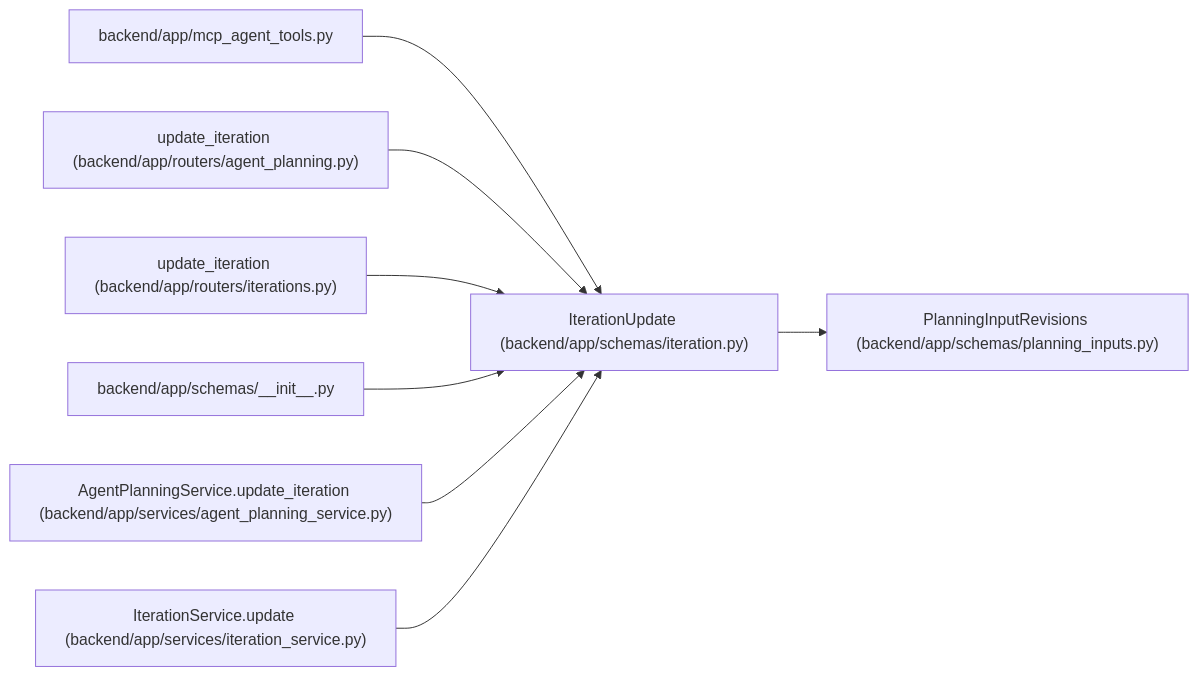
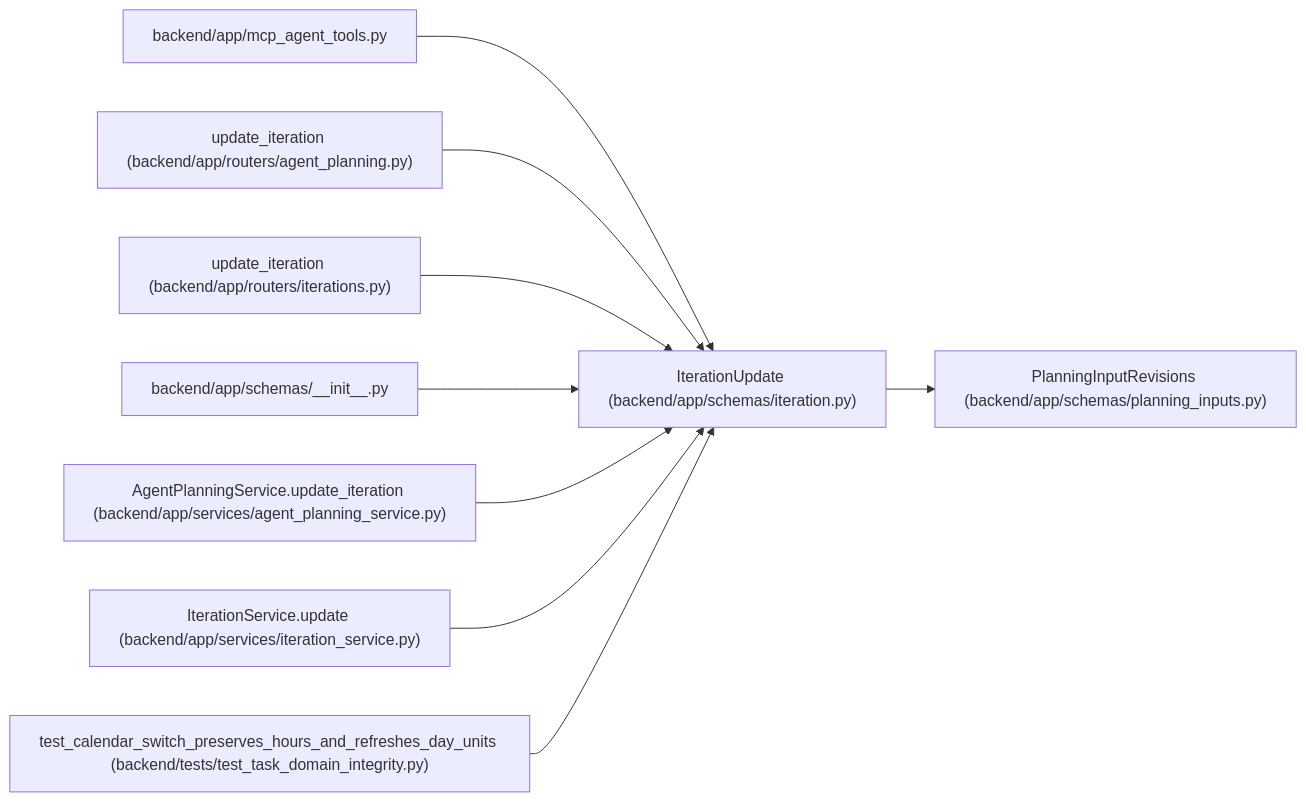
The diagram in docs/llm_wiki/entities/schemas_iteration_IterationUpdate.md (Denissvgn/WorkChord), drawn with Mermaid before and after one commit. The commit also changed other lines of this file and 1238 other files, not shown here.

First line of the commit message:
docs(wiki): publish compact canonical domain architecture

````diff
--- a/docs/llm_wiki/entities/schemas_iteration_IterationUpdate.md
+++ b/docs/llm_wiki/entities/schemas_iteration_IterationUpdate.md
@@ -30,26 +30,29 @@
 ```mermaid
 flowchart LR
     n0["IterationUpdate (backend/app/schemas/iteration.py)"]
     n1["PlanningInputRevisions (backend/app/schemas/planning_inputs.py)"]
     n2["backend/app/mcp_agent_tools.py"]
     n3["update_iteration (backend/app/routers/agent_planning.py)"]
     n4["update_iteration (backend/app/routers/iterations.py)"]
     n5["backend/app/schemas/__init__.py"]
     n6["AgentPlanningService.update_iteration (backend/app/services/agent_planning_service.py)"]
     n7["IterationService.update (backend/app/services/iteration_service.py)"]
+    n8["test_calendar_switch_preserves_hours_and_refreshes_day_units (backend/tests/test_task_domain_integrity.py)"]
     n0 --> n1
     n2 --> n0
     n3 --> n0
     n4 --> n0
     n5 --> n0
     n6 --> n0
     n7 --> n0
+    n8 --> n0
     click n0 "../modules/schemas_iteration.md"
     click n1 "../modules/planning_inputs.md"
     click n2 "../modules/mcp_agent_tools.md"
     click n3 "../modules/routers_agent_planning.md"
     click n4 "../modules/iterations.md"
     click n5 "../modules/schemas___init__.md"
     click n6 "../modules/agent_planning_service.md"
     click n7 "../modules/iteration_service.md"
+    click n8 "../modules/test_task_domain_integrity.md"
 ```
````
